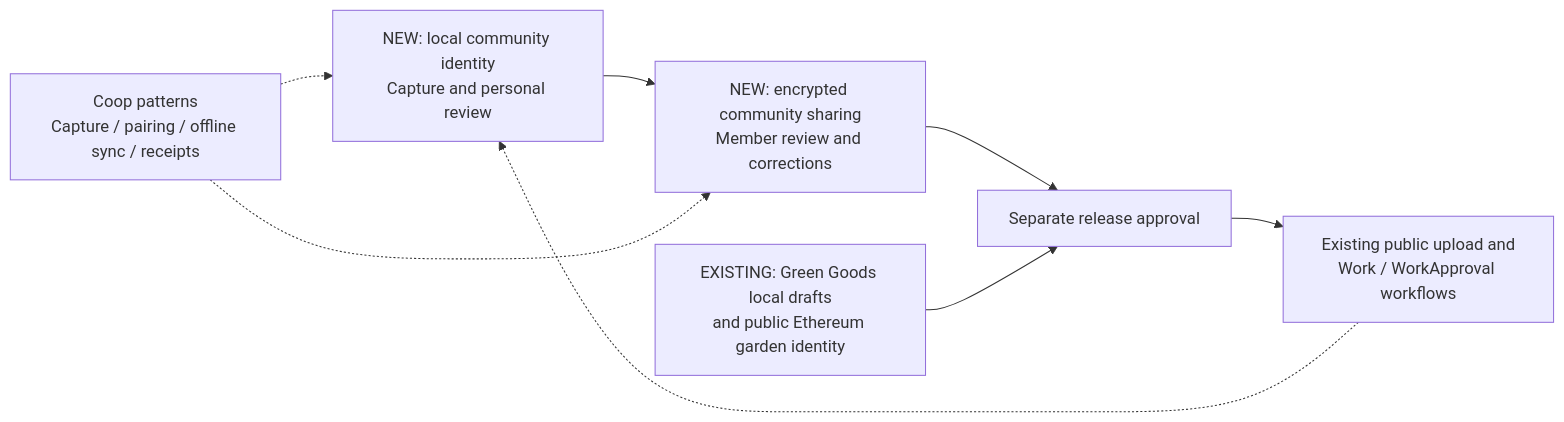
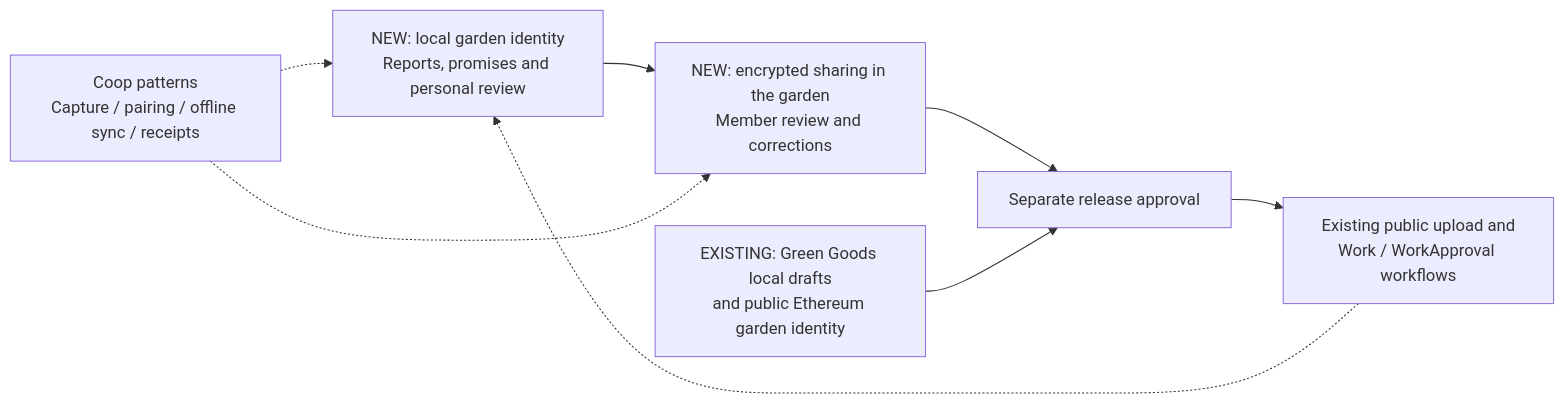
Diagram 11 of 15 in .plans/ideas/grove/architecture-flows.md (greenpill-dev-guild/green-goods), drawn with Mermaid before and after one commit. The commit also changed other lines of this file and 16 other files, not shown here.

````diff
--- a/.plans/ideas/grove/architecture-flows.md
+++ b/.plans/ideas/grove/architecture-flows.md
@@ -223,10 +247,10 @@
 ```mermaid
 flowchart LR
-  Local["NEW: local community identity<br/>Capture and personal review"] --> Shared["NEW: encrypted community sharing<br/>Member review and corrections"]
+  Local["NEW: local garden identity<br/>Reports, promises and personal review"] --> Shared["NEW: encrypted sharing in the garden<br/>Member review and corrections"]
   Shared --> Consent["Separate release approval"]
   Existing["EXISTING: Green Goods local drafts<br/>and public Ethereum garden identity"] --> Consent
   Consent --> Protocol["Existing public upload and<br/>Work / WorkApproval workflows"]
   Protocol -.-> Local
   Coop["Coop patterns<br/>Capture / pairing / offline sync / receipts"] -.-> Local
   Coop -.-> Shared
 ```
````
